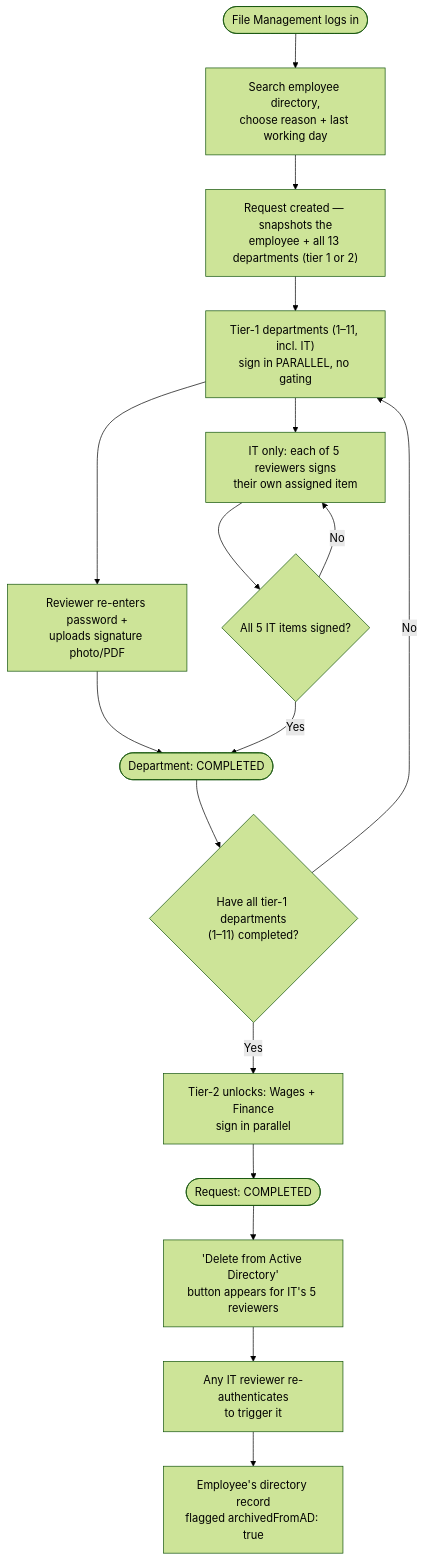
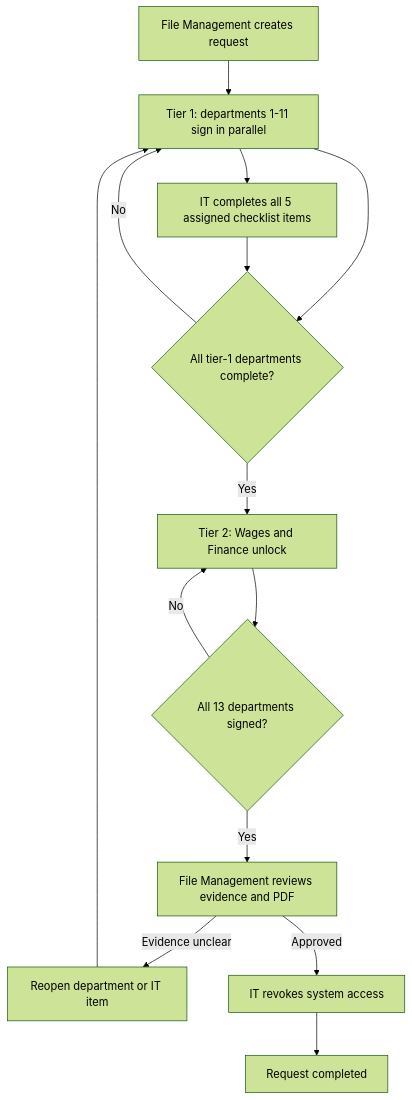
Before and after one commit to Abdo-N/Egas-clearance: the diagram in README.md, drawn with Mermaid (forest theme). The commit also changed other lines of this file and 42 other files, not shown here.

````diff
--- a/README.md
+++ b/README.md
@@ -110,19 +98,16 @@
 ```mermaid
 flowchart TD
-    A(["File Management logs in"]) --> B["Search employee directory,<br/>choose reason + last working day"]
-    B --> C["Request created — snapshots the<br/>employee + all 13 departments (tier 1 or 2)"]
-    C --> D["Tier-1 departments (1–11, incl. IT)<br/>sign in PARALLEL, no gating"]
-    D --> E["Reviewer re-enters password +<br/>uploads signature photo/PDF"]
-    E --> F(["Department: COMPLETED"])
-    D --> G["IT only: each of 5 reviewers signs<br/>their own assigned item"]
-    G --> H{"All 5 IT items signed?"}
-    H -->|"No"| G
-    H -->|"Yes"| F
-    F --> I{"Have all tier-1 departments<br/>(1–11) completed?"}
-    I -->|"No"| D
-    I -->|"Yes"| J["Tier-2 unlocks: Wages + Finance<br/>sign in parallel"]
-    J --> K(["Request: COMPLETED"])
-    K --> L["'Delete from Active Directory'<br/>button appears for IT's 5 reviewers"]
-    L --> M["Any IT reviewer re-authenticates<br/>to trigger it"]
-    M --> N["Employee's directory record<br/>flagged archivedFromAD: true"]
+    A[File Management creates request] --> B[Tier 1: departments 1-11 sign in parallel]
+    B --> C[IT completes all 5 assigned checklist items]
+    B --> D{All tier-1 departments complete?}
+    C --> D
+    D -- No --> B
+    D -- Yes --> E[Tier 2: Wages and Finance unlock]
+    E --> F{All 13 departments signed?}
+    F -- No --> E
+    F -- Yes --> G[File Management reviews evidence and PDF]
+    G -->|Evidence unclear| H[Reopen department or IT item]
+    H --> B
+    G -->|Approved| I[IT revokes system access]
+    I --> J[Request completed]
 ```
````
